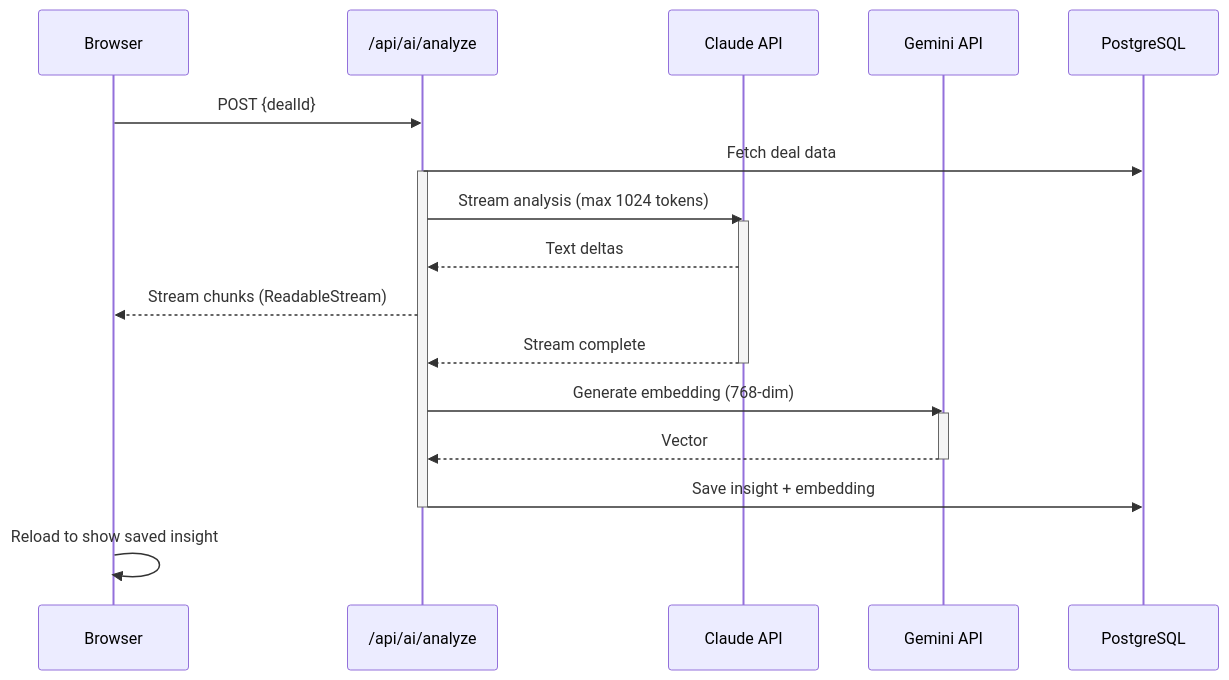
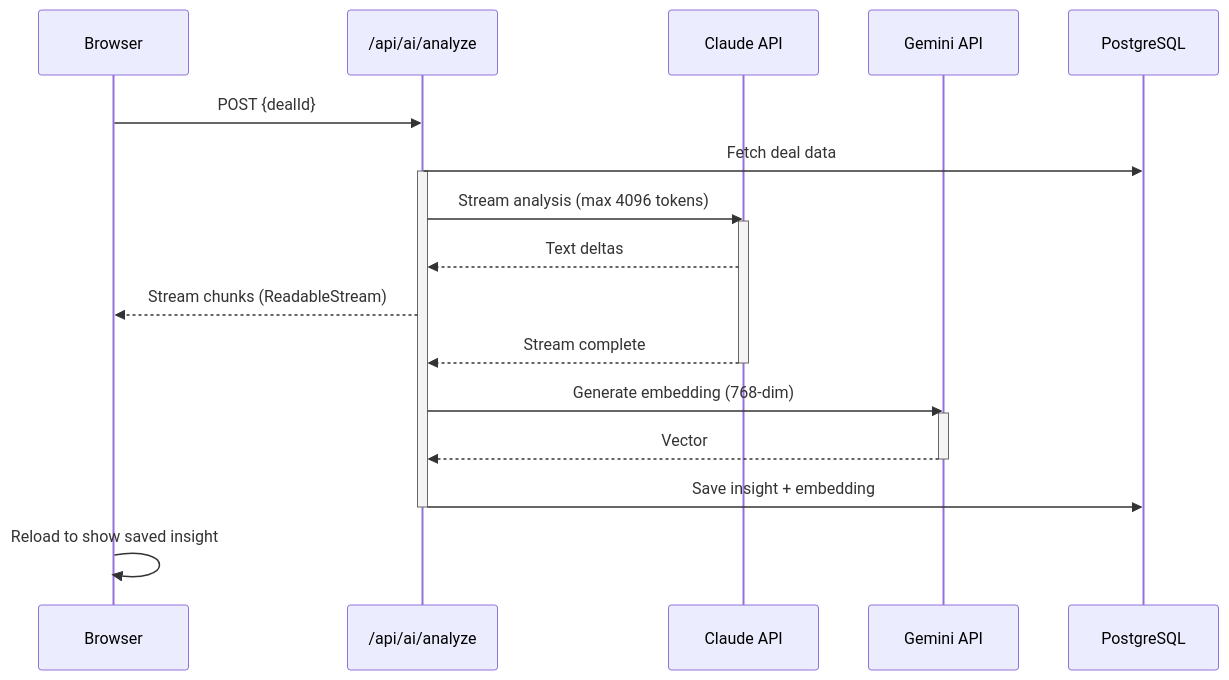
One commit to wenindoubt/admin.wenindoubt.com changed the diagram in docs/ai-pipeline.md. Above: the diagram before and after it, drawn with Mermaid. The commit also changed other lines of this file and 15 other files, not shown here.

````diff
--- a/docs/ai-pipeline.md
+++ b/docs/ai-pipeline.md
@@ -5,25 +5,25 @@
 ```mermaid
 sequenceDiagram
     participant Browser
     participant API as /api/ai/analyze
     participant Claude as Claude API
     participant Gemini as Gemini API
     participant DB as PostgreSQL
 
     Browser->>API: POST {dealId}
     API->>DB: Fetch deal data
     activate API
-    API->>Claude: Stream analysis (max 1024 tokens)
+    API->>Claude: Stream analysis (max 4096 tokens)
     activate Claude
     Claude-->>API: Text deltas
     API-->>Browser: Stream chunks (ReadableStream)
     Claude-->>API: Stream complete
     deactivate Claude
     API->>Gemini: Generate embedding (768-dim)
     activate Gemini
     Gemini-->>API: Vector
     deactivate Gemini
     API->>DB: Save insight + embedding
     deactivate API
     Browser->>Browser: Reload to show saved insight
 ```
````
